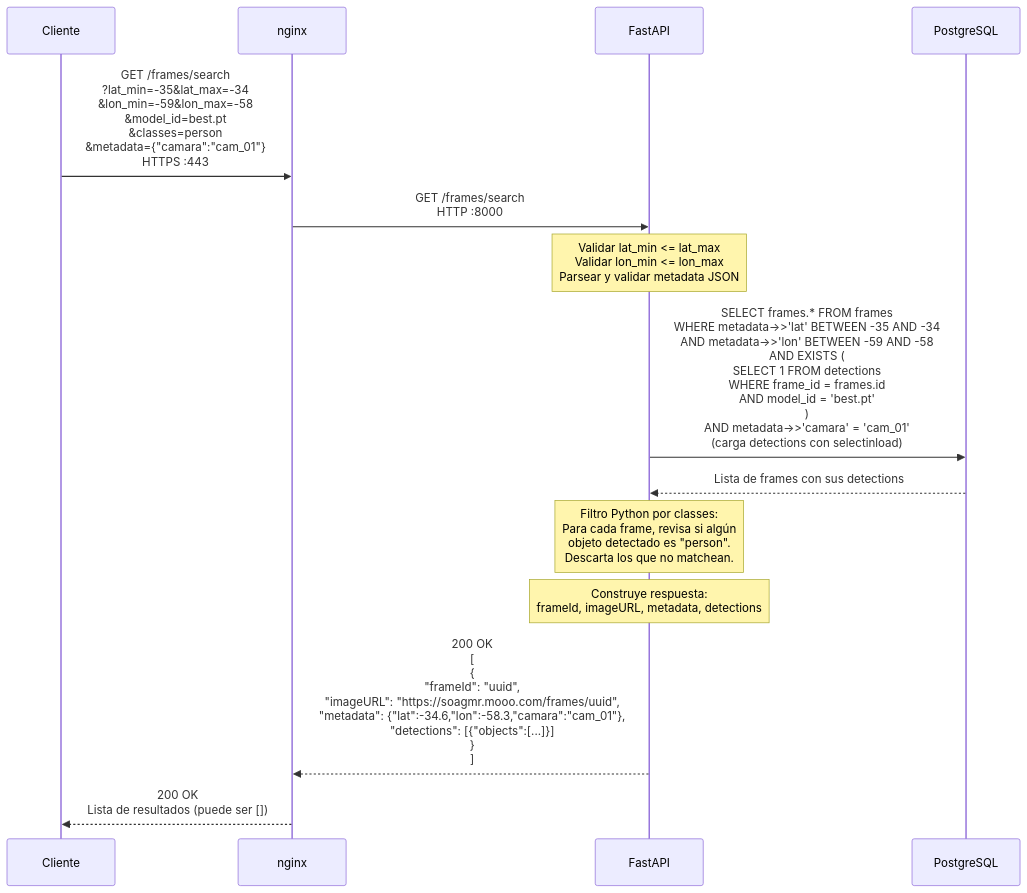
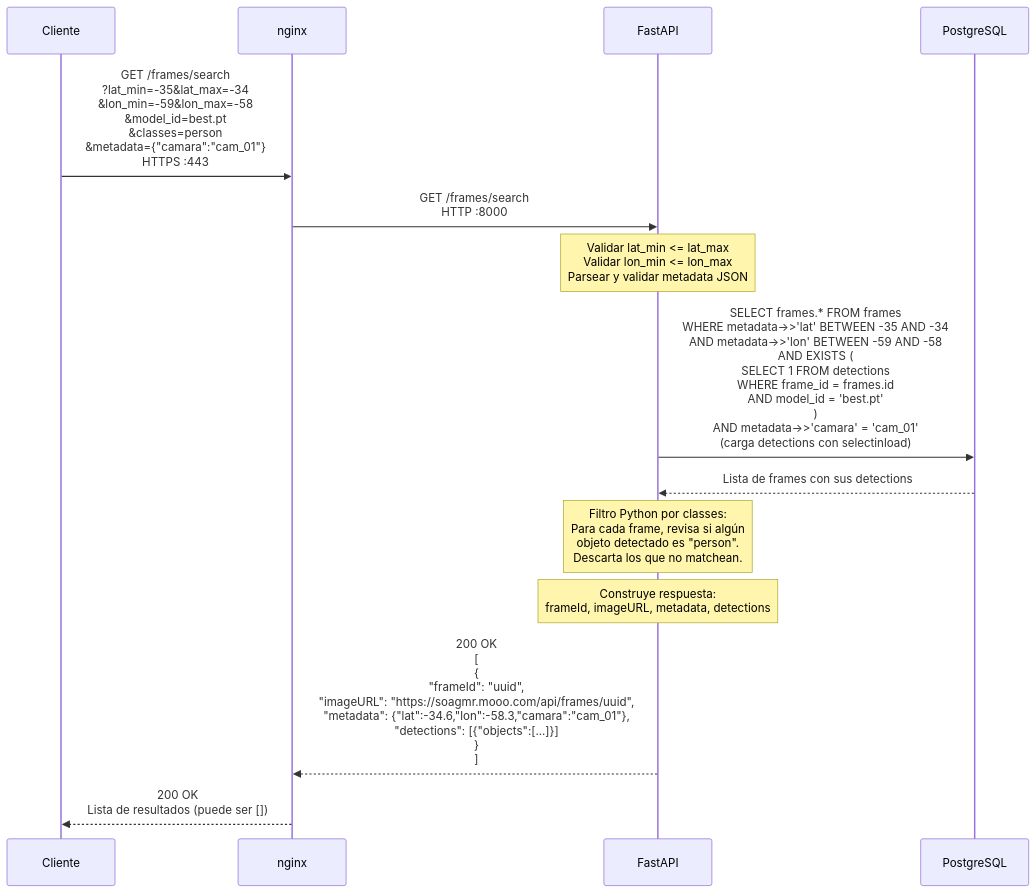
The fifth of 14 diagrams in Documentación/SECUENCIAS.md (bautimacedo/SOA-ComputerVision-2026), drawn with Mermaid before and after one commit. The commit also changed 34 other files, not shown here.

````diff
--- a/Documentación/SECUENCIAS.md
+++ b/Documentación/SECUENCIAS.md
@@ -162,24 +162,24 @@
 ```mermaid
 sequenceDiagram
     participant C as Cliente
     participant N as nginx
     participant F as FastAPI
     participant DB as PostgreSQL
 
     C->>N: GET /frames/search<br/>?lat_min=-35&lat_max=-34<br/>&lon_min=-59&lon_max=-58<br/>&model_id=best.pt<br/>&classes=person<br/>&metadata={"camara":"cam_01"}<br/>HTTPS :443
 
     N->>F: GET /frames/search<br/>HTTP :8000
 
     Note over F: Validar lat_min <= lat_max<br/>Validar lon_min <= lon_max<br/>Parsear y validar metadata JSON
 
     F->>DB: SELECT frames.* FROM frames<br/>WHERE metadata->>'lat' BETWEEN -35 AND -34<br/>AND metadata->>'lon' BETWEEN -59 AND -58<br/>AND EXISTS (<br/>  SELECT 1 FROM detections<br/>  WHERE frame_id = frames.id<br/>  AND model_id = 'best.pt'<br/>)<br/>AND metadata->>'camara' = 'cam_01'<br/>(carga detections con selectinload)
 
     DB-->>F: Lista de frames con sus detections
 
     Note over F: Filtro Python por classes:<br/>Para cada frame, revisa si algún<br/>objeto detectado es "person".<br/>Descarta los que no matchean.
 
     Note over F: Construye respuesta:<br/>frameId, imageURL, metadata, detections
 
-    F-->>N: 200 OK<br/>[<br/>  {<br/>    "frameId": "uuid",<br/>    "imageURL": "https://soagmr.mooo.com/frames/uuid",<br/>    "metadata": {"lat":-34.6,"lon":-58.3,"camara":"cam_01"},<br/>    "detections": [{"objects":[...]}]<br/>  }<br/>]
+    F-->>N: 200 OK<br/>[<br/>  {<br/>    "frameId": "uuid",<br/>    "imageURL": "https://soagmr.mooo.com/api/frames/uuid",<br/>    "metadata": {"lat":-34.6,"lon":-58.3,"camara":"cam_01"},<br/>    "detections": [{"objects":[...]}]<br/>  }<br/>]
     N-->>C: 200 OK<br/>Lista de resultados (puede ser [])
 ```
````
